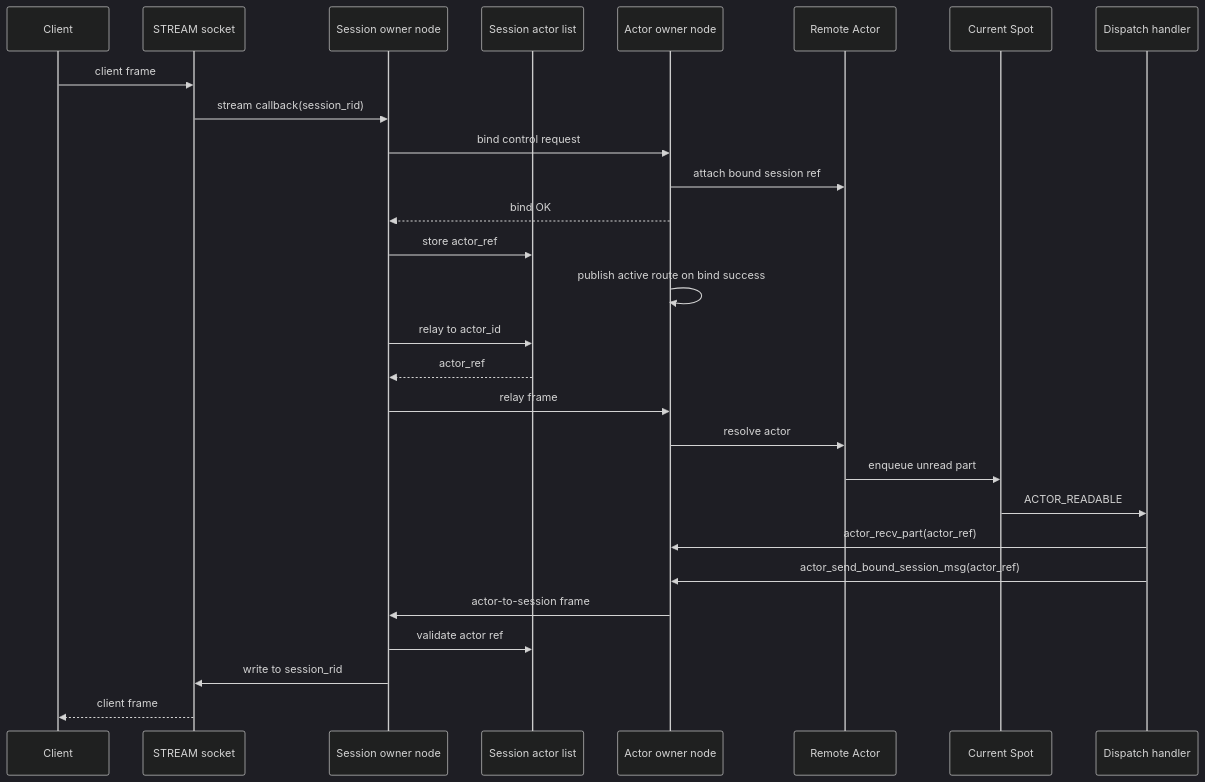
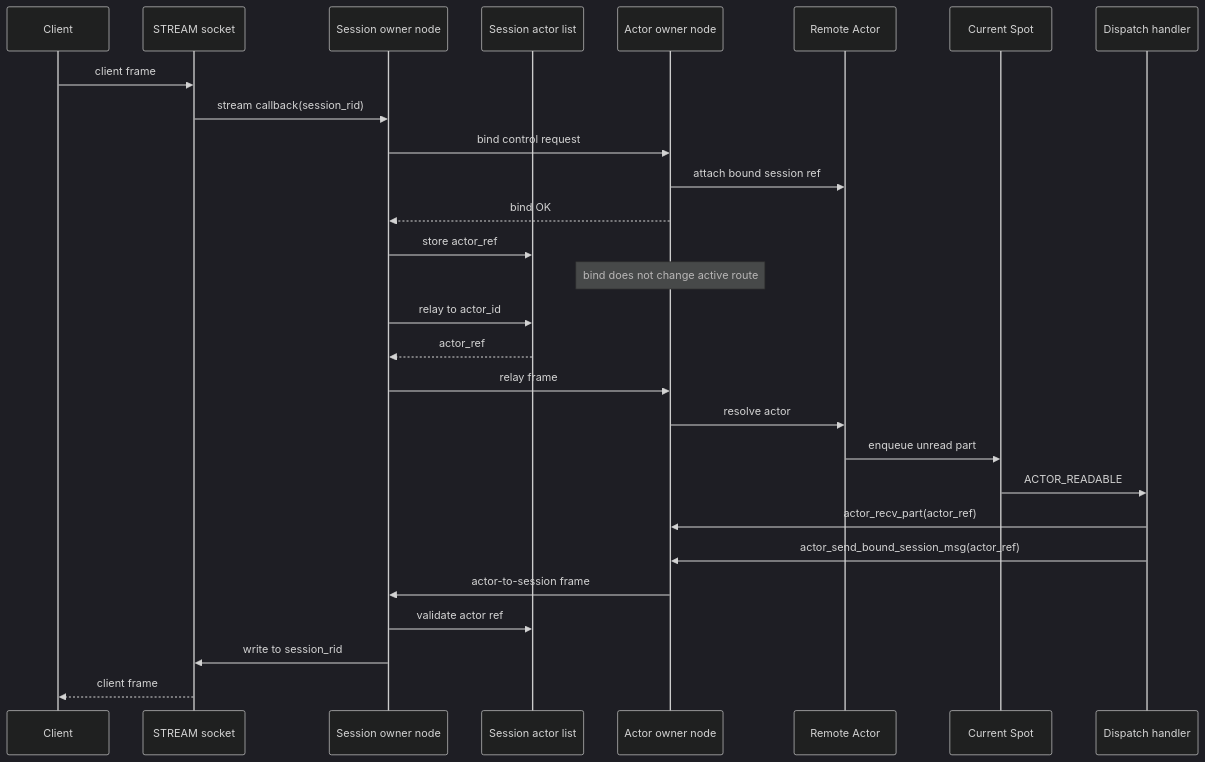
One commit to kairos-code-dev/zlink changed the tenth of 12 diagrams in doc/site/docs/internals/spot-internals.ko.md. Above: the diagram before and after it, drawn with Mermaid (dark theme). The commit also changed other lines of this file and 393 other files, not shown here.

````diff
--- a/doc/site/docs/internals/spot-internals.ko.md
+++ b/doc/site/docs/internals/spot-internals.ko.md
@@ -670,33 +783,33 @@
 ```mermaid
 sequenceDiagram
   participant Client
   participant Stream as STREAM socket
   participant SessNode as Session owner node
   participant List as Session actor list
   participant ActorNode as Actor owner node
   participant ActorObj as Remote Actor
   participant Spot as Current Spot
   participant Handler as Dispatch handler
 
   Client->>Stream: client frame
   Stream->>SessNode: stream callback(session_rid)
   SessNode->>ActorNode: bind control request
   ActorNode->>ActorObj: attach bound session ref
   ActorNode-->>SessNode: bind OK
   SessNode->>List: store actor_ref
-  ActorNode->>ActorNode: publish active route on bind success
+  Note over ActorNode: bind does not change active route
 
   SessNode->>List: relay to actor_id
   List-->>SessNode: actor_ref
   SessNode->>ActorNode: relay frame
   ActorNode->>ActorObj: resolve actor
   ActorObj->>Spot: enqueue unread part
   Spot->>Handler: ACTOR_READABLE
   Handler->>ActorNode: actor_recv_part(actor_ref)
 
   Handler->>ActorNode: actor_send_bound_session_msg(actor_ref)
   ActorNode->>SessNode: actor-to-session frame
   SessNode->>List: validate actor ref
   SessNode->>Stream: write to session_rid
   Stream-->>Client: client frame
 ```
````
